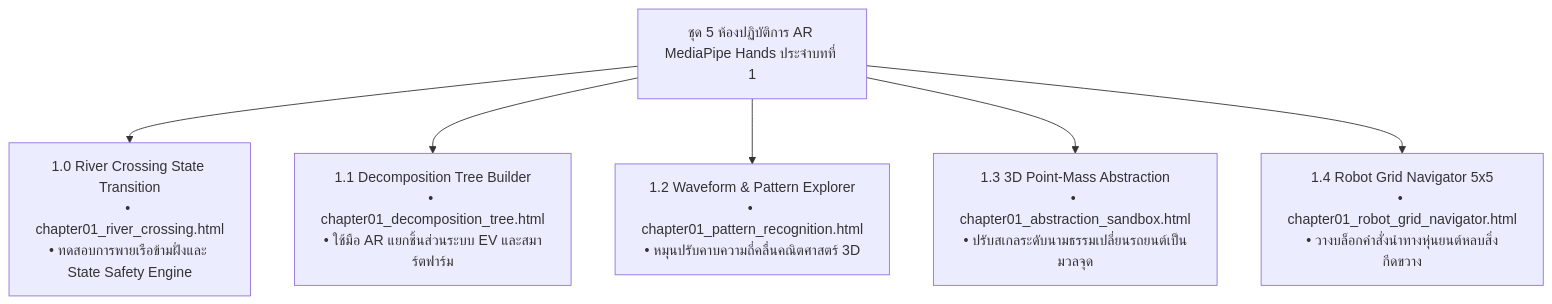
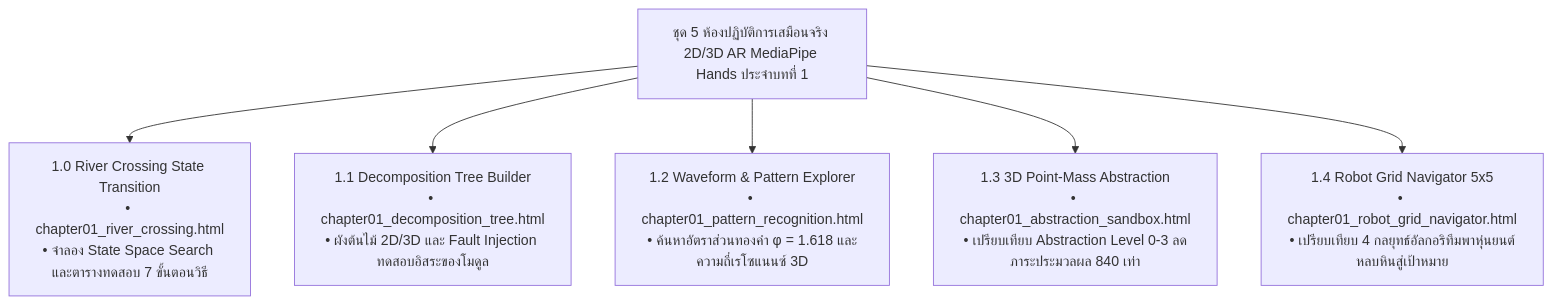
One commit to Tsanaphy2023/computing-science changed the fourth of 4 diagrams in outlines/book1_chapters/chapter01_logic_and_problem_solving.md. Above: the diagram before and after it, drawn with Mermaid. The commit also changed other lines of this file and 1 other file, not shown here.

Commit message:
feat: enhance Chapter 1 2D/3D virtual labs with complete objectives, procedures, data sheets, and conclusions

````diff
--- a/outlines/book1_chapters/chapter01_logic_and_problem_solving.md
+++ b/outlines/book1_chapters/chapter01_logic_and_problem_solving.md
@@ -318,9 +318,9 @@
 ```mermaid
 graph TD
-    LAB["ชุด 5 ห้องปฏิบัติการ AR MediaPipe Hands ประจำบทที่ 1"]
-    LAB --> L1["1.0 River Crossing State Transition\n• chapter01_river_crossing.html\n• ทดสอบการพายเรือข้ามฝั่งและ State Safety Engine"]
-    LAB --> L2["1.1 Decomposition Tree Builder\n• chapter01_decomposition_tree.html\n• ใช้มือ AR แยกชิ้นส่วนระบบ EV และสมาร์ตฟาร์ม"]
-    LAB --> L3["1.2 Waveform & Pattern Explorer\n• chapter01_pattern_recognition.html\n• หมุนปรับคาบความถี่คลื่นคณิตศาสตร์ 3D"]
-    LAB --> L4["1.3 3D Point-Mass Abstraction\n• chapter01_abstraction_sandbox.html\n• ปรับสเกลระดับนามธรรมเปลี่ยนรถยนต์เป็นมวลจุด"]
-    LAB --> L5["1.4 Robot Grid Navigator 5x5\n• chapter01_robot_grid_navigator.html\n• วางบล็อกคำสั่งนำทางหุ่นยนต์หลบสิ่งกีดขวาง"]
+    LAB["ชุด 5 ห้องปฏิบัติการเสมือนจริง 2D/3D AR MediaPipe Hands ประจำบทที่ 1"]
+    LAB --> L1["1.0 River Crossing State Transition\n• chapter01_river_crossing.html\n• จำลอง State Space Search และตารางทดสอบ 7 ขั้นตอนวิธี"]
+    LAB --> L2["1.1 Decomposition Tree Builder\n• chapter01_decomposition_tree.html\n• ผังต้นไม้ 2D/3D และ Fault Injection ทดสอบอิสระของโมดูล"]
+    LAB --> L3["1.2 Waveform & Pattern Explorer\n• chapter01_pattern_recognition.html\n• ค้นหาอัตราส่วนทองคำ φ = 1.618 และความถี่เรโซแนนซ์ 3D"]
+    LAB --> L4["1.3 3D Point-Mass Abstraction\n• chapter01_abstraction_sandbox.html\n• เปรียบเทียบ Abstraction Level 0-3 ลดภาระประมวลผล 840 เท่า"]
+    LAB --> L5["1.4 Robot Grid Navigator 5x5\n• chapter01_robot_grid_navigator.html\n• เปรียบเทียบ 4 กลยุทธ์อัลกอริทึมพาหุ่นยนต์หลบหินสู่เป้าหมาย"]
 ```
````
